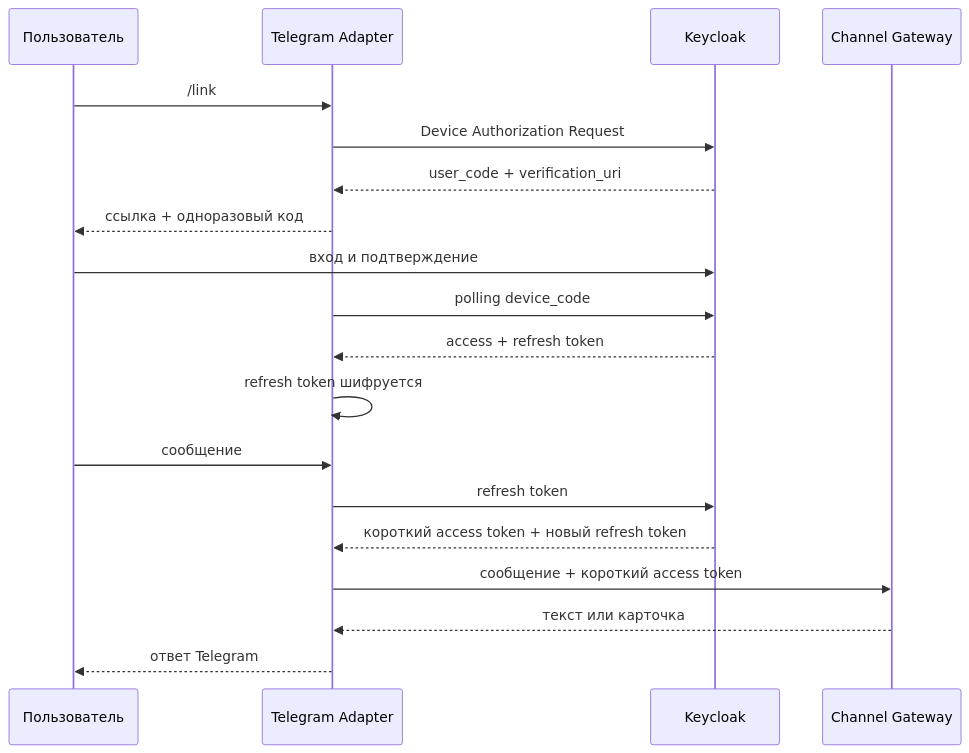
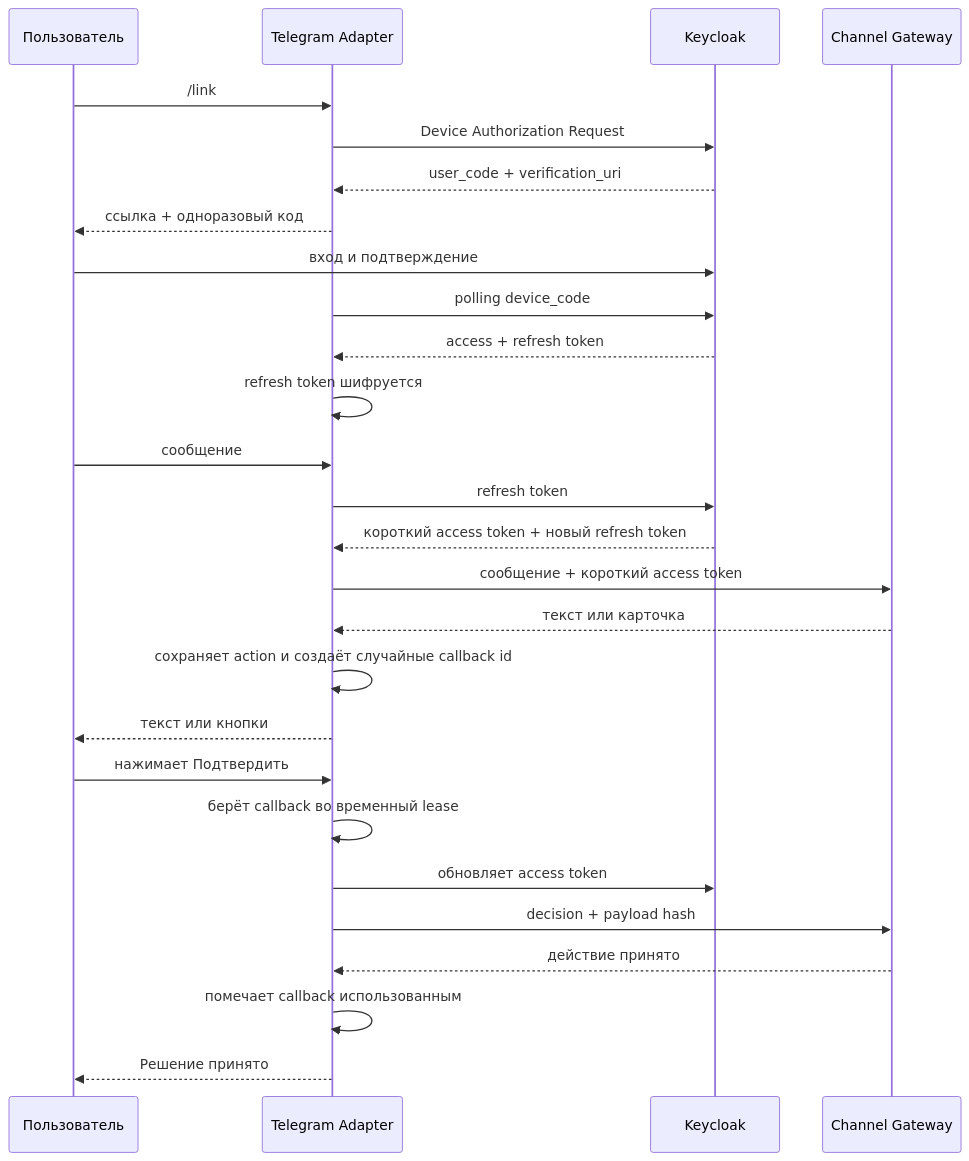
The diagram in docs/architecture.md (portable-agent/telegram-adapter), drawn with Mermaid before and after one commit. The commit also changed other lines of this file and 27 other files, not shown here.

````diff
--- a/docs/architecture.md
+++ b/docs/architecture.md
@@ -3,22 +3,30 @@
 ```mermaid
 sequenceDiagram
     participant User as Пользователь
     participant Bot as Telegram Adapter
     participant Id as Keycloak
     participant Edge as Channel Gateway
 
     User->>Bot: /link
     Bot->>Id: Device Authorization Request
     Id-->>Bot: user_code + verification_uri
     Bot-->>User: ссылка + одноразовый код
     User->>Id: вход и подтверждение
     Bot->>Id: polling device_code
     Id-->>Bot: access + refresh token
     Bot->>Bot: refresh token шифруется
     User->>Bot: сообщение
     Bot->>Id: refresh token
     Id-->>Bot: короткий access token + новый refresh token
     Bot->>Edge: сообщение + короткий access token
     Edge-->>Bot: текст или карточка
-    Bot-->>User: ответ Telegram
+    Bot->>Bot: сохраняет action и создаёт случайные callback id
+    Bot-->>User: текст или кнопки
+    User->>Bot: нажимает Подтвердить
+    Bot->>Bot: берёт callback во временный lease
+    Bot->>Id: обновляет access token
+    Bot->>Edge: decision + payload hash
+    Edge-->>Bot: действие принято
+    Bot->>Bot: помечает callback использованным
+    Bot-->>User: Решение принято
 ```
````
